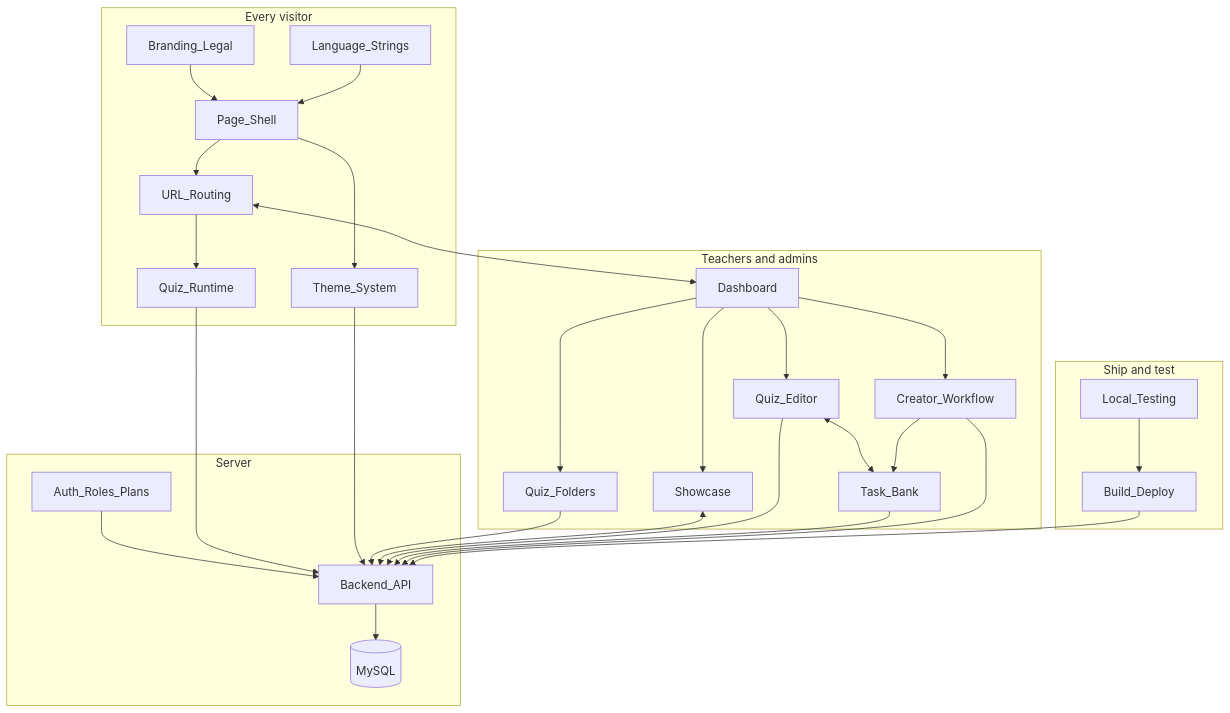
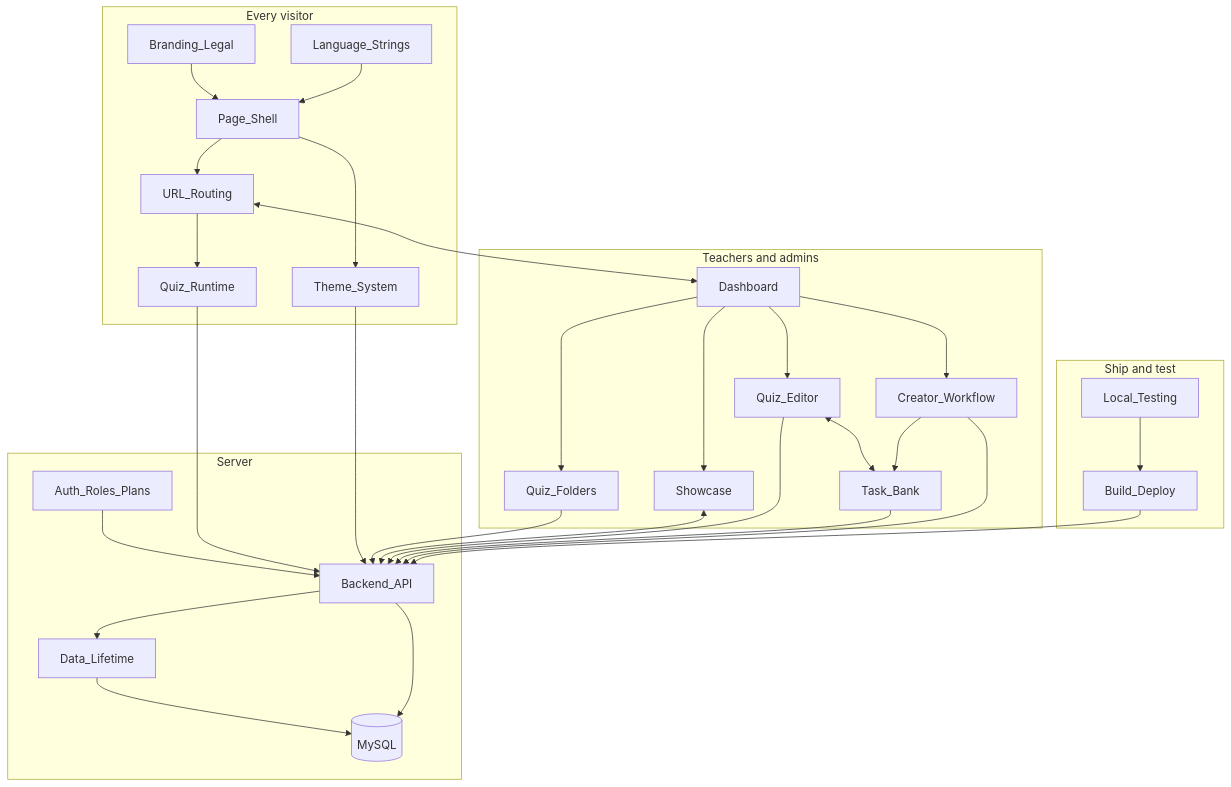
One commit to devukas-eng/Quizleris changed the diagram in docs/brain/00_MOC_Architecture.md. Above: the diagram before and after it, drawn with Mermaid. The commit also changed other lines of this file and 32 other files, not shown here.

First line of the commit message:
Share quiz pictures, link quizzes to tasks, and delete only by name

````diff
--- a/docs/brain/00_MOC_Architecture.md
+++ b/docs/brain/00_MOC_Architecture.md
@@ -23,35 +23,37 @@
 ```mermaid
 flowchart TD
     subgraph visitor["Every visitor"]
         Branding_Legal --> Page_Shell
         Language_Strings --> Page_Shell
         Page_Shell --> URL_Routing
         Page_Shell --> Theme_System
         URL_Routing --> Quiz_Runtime
     end
     subgraph staff["Teachers and admins"]
         Dashboard --> Quiz_Folders
         Dashboard --> Showcase
         Dashboard --> Quiz_Editor
         Quiz_Editor <--> Task_Bank
         Dashboard --> Creator_Workflow
         Creator_Workflow --> Task_Bank
     end
     subgraph server["Server"]
         Auth_Roles_Plans --> Backend_API
-        Backend_API --> MySQL[("MySQL")]
+        Backend_API --> Data_Lifetime
+        Data_Lifetime --> MySQL[("MySQL")]
+        Backend_API --> MySQL
     end
     subgraph ship["Ship and test"]
         Local_Testing --> Build_Deploy
     end
     URL_Routing <--> Dashboard
     Quiz_Runtime --> Backend_API
     Theme_System --> Backend_API
     Quiz_Folders --> Backend_API
     Showcase <--> Backend_API
     Quiz_Editor --> Backend_API
     Task_Bank --> Backend_API
     Creator_Workflow --> Backend_API
     Build_Deploy --> Backend_API
-    class Branding_Legal,Language_Strings,Page_Shell,URL_Routing,Theme_System,Quiz_Runtime,Dashboard,Quiz_Folders,Showcase,Quiz_Editor,Task_Bank,Creator_Workflow,Auth_Roles_Plans,Backend_API,Local_Testing,Build_Deploy internal-link;
+    class Branding_Legal,Language_Strings,Page_Shell,URL_Routing,Theme_System,Quiz_Runtime,Dashboard,Quiz_Folders,Showcase,Quiz_Editor,Task_Bank,Creator_Workflow,Auth_Roles_Plans,Backend_API,Data_Lifetime,Local_Testing,Build_Deploy internal-link;
 ```
````
